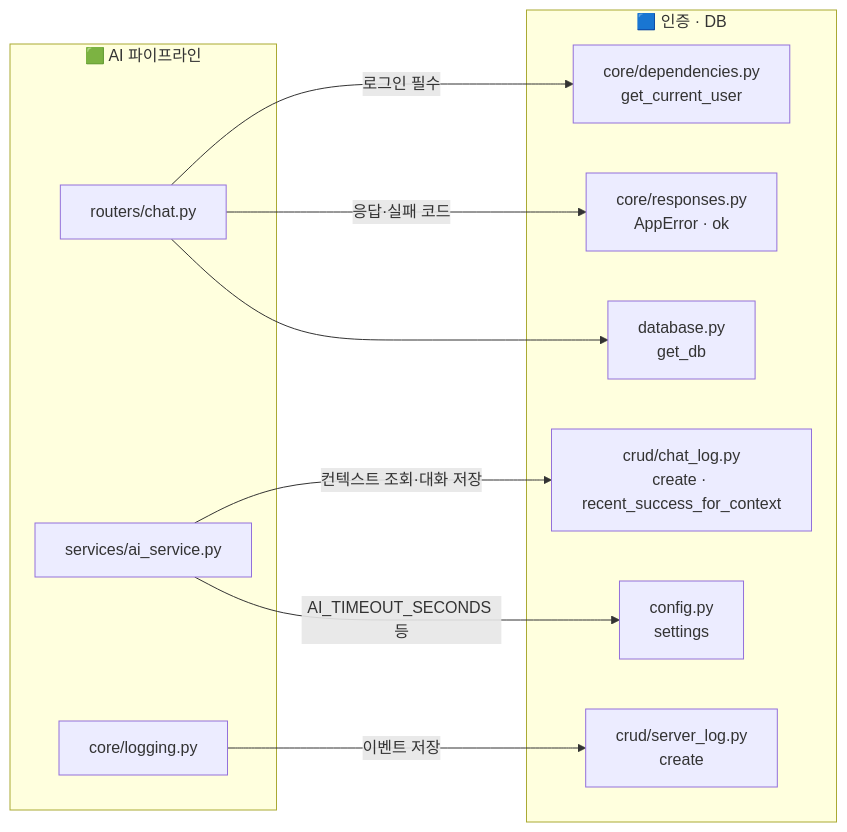
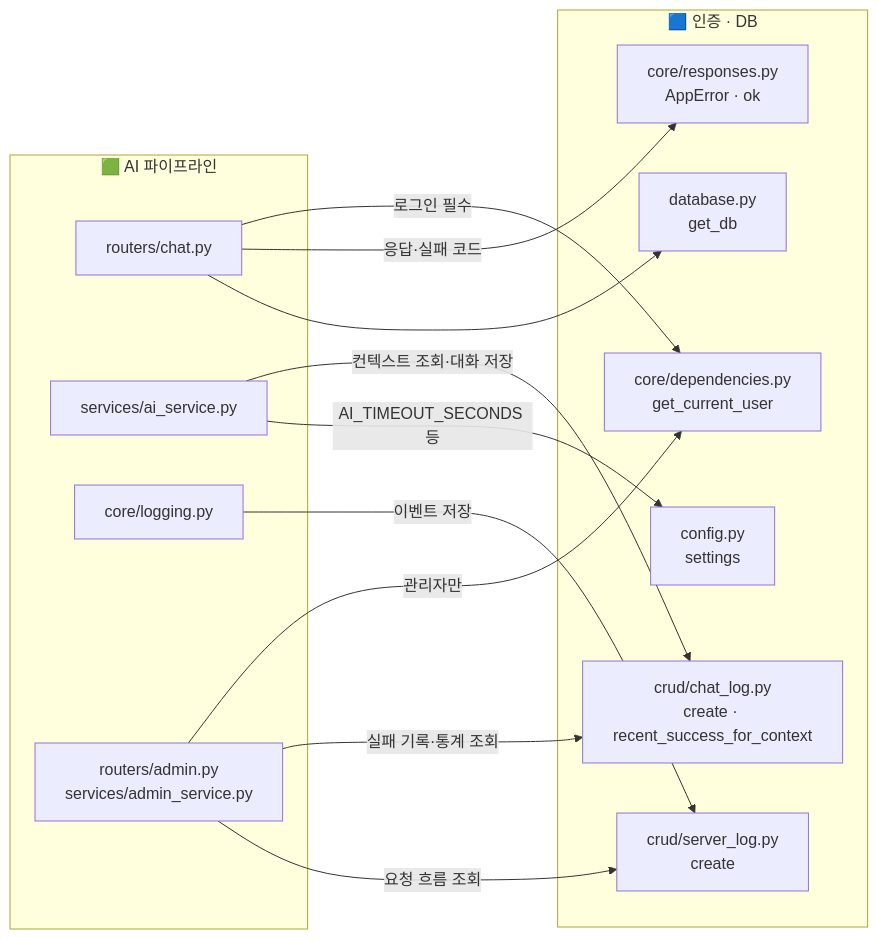
Before and after one commit to b7-1-chatbot-team/B7-1-chatbot: the diagram in backend/README.md, drawn with Mermaid. The commit also changed other lines of this file and 3 other files, not shown here.

````diff
--- a/backend/README.md
+++ b/backend/README.md
@@ -124,22 +119,26 @@
 ```mermaid
 flowchart LR
     subgraph 박성현["🟩 AI 파이프라인"]
         CH[routers/chat.py]
         AI[services/ai_service.py]
         LG[core/logging.py]
+        AD[routers/admin.py<br/>services/admin_service.py]
     end
     subgraph 성원모["🟦 인증 · DB"]
         DEP[core/dependencies.py<br/>get_current_user]
         RESP[core/responses.py<br/>AppError · ok]
         CR[crud/chat_log.py<br/>create · recent_success_for_context]
         SL[crud/server_log.py<br/>create]
         CFG[config.py<br/>settings]
         DB[database.py<br/>get_db]
     end
     CH -->|로그인 필수| DEP
     CH -->|응답·실패 코드| RESP
     CH --> DB
     AI -->|컨텍스트 조회·대화 저장| CR
     AI -->|AI_TIMEOUT_SECONDS 등| CFG
     LG -->|이벤트 저장| SL
+    AD -->|관리자만| DEP
+    AD -->|실패 기록·통계 조회| CR
+    AD -->|요청 흐름 조회| SL
 ```
````
